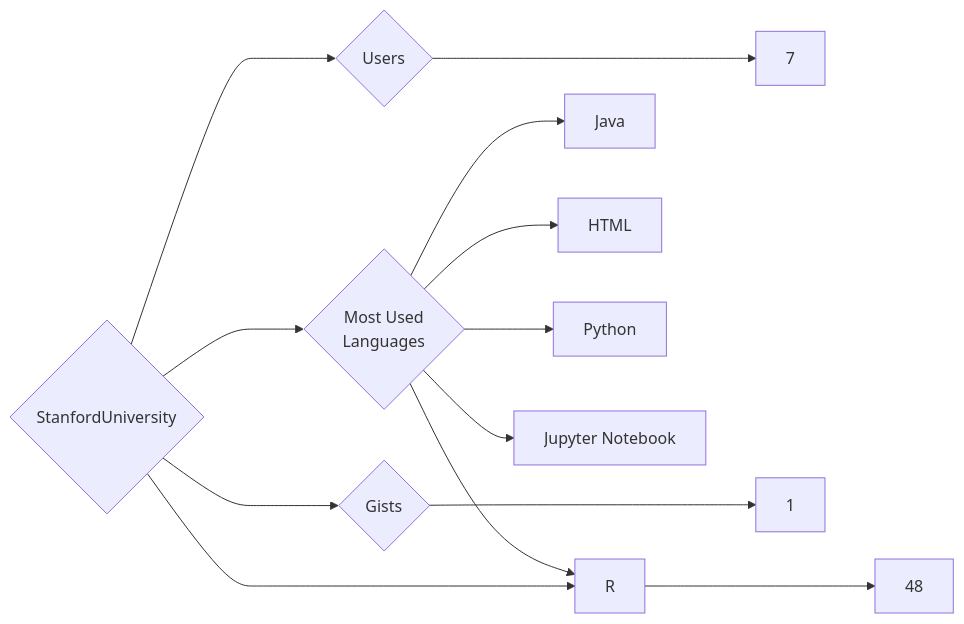
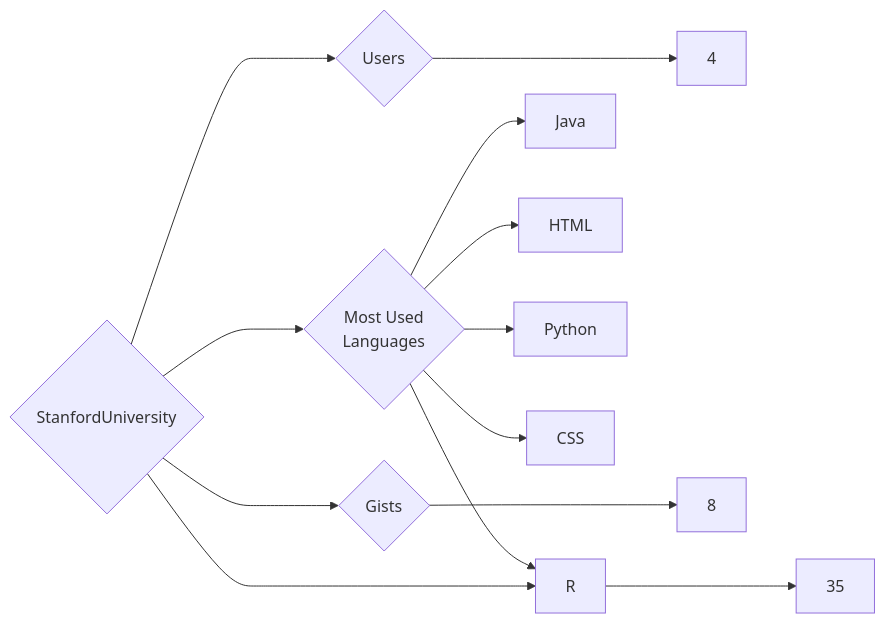
One commit to trickest/insiders changed the diagram in targets/StanfordUniversity/README.md. Above: the diagram before and after it, drawn with Mermaid. The commit also changed 1479 other files, not shown here.

````diff
--- a/targets/StanfordUniversity/README.md
+++ b/targets/StanfordUniversity/README.md
@@ -3,13 +3,13 @@
 ```mermaid
 graph LR
 COMPANY_NAME{StanfordUniversity}
-COMPANY_NAME ---> U{Users} ---> UN[7]
-COMPANY_NAME ---> R{Repositories} ---> RN[48]
-COMPANY_NAME ---> G{Gists} ---> GN[1]
+COMPANY_NAME ---> U{Users} ---> UN[4]
+COMPANY_NAME ---> R{Repositories} ---> RN[35]
+COMPANY_NAME ---> G{Gists} ---> GN[8]
 COMPANY_NAME ---> ML{Most Used<br>Languages}
 ML --> Java[Java]
 ML --> HTML[HTML]
 ML --> Python[Python]
+ML --> CSS[CSS]
 ML --> R[R]
-ML --> Jupyter_Notebook[Jupyter Notebook]
 ```
````
